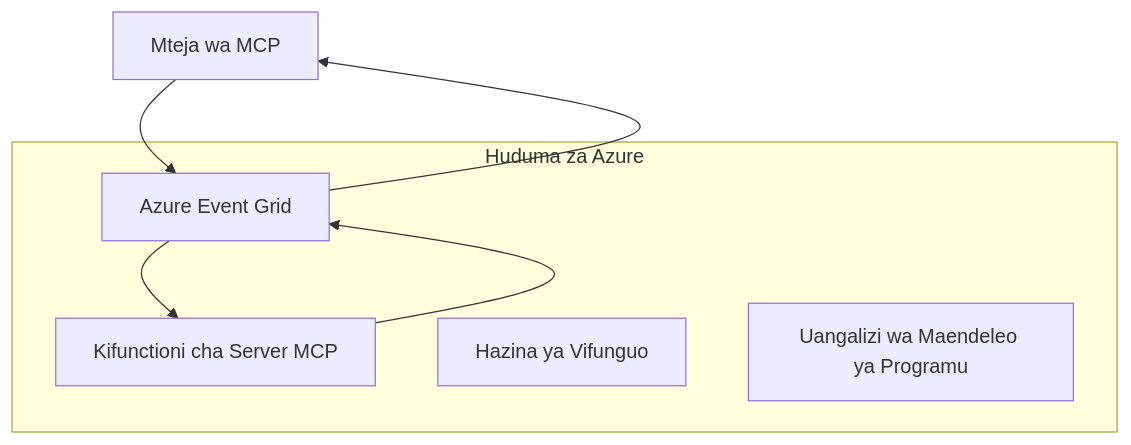
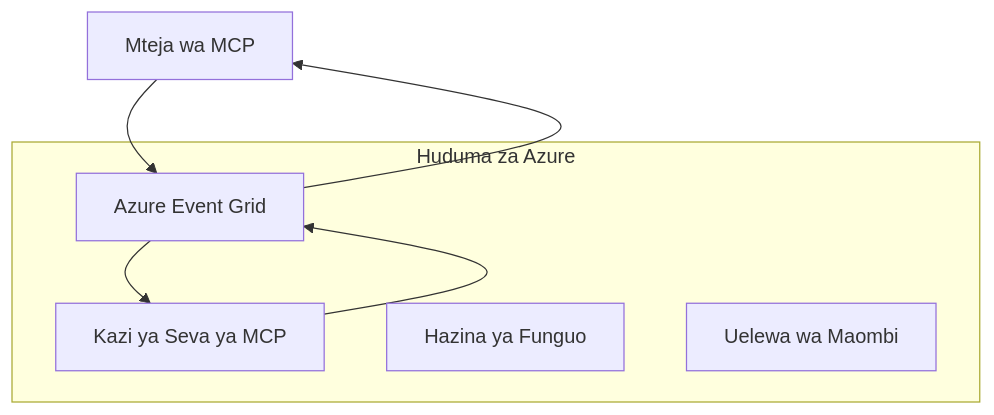
Before and after one commit to HIDORAKAI002/ai-workspace-archive: the first of 2 diagrams in mcp_ecosystem__model_context_protocol/mcp_learning_resources/mcp-for-beginners/translations/sw/05-AdvancedTopics/mcp-transport/README.md, drawn with Mermaid. The commit also changed other lines of this file and 1046 other files, not shown here.

````diff
--- a/mcp_ecosystem__model_context_protocol/mcp_learning_resources/mcp-for-beginners/translations/sw/05-AdvancedTopics/mcp-transport/README.md
+++ b/mcp_ecosystem__model_context_protocol/mcp_learning_resources/mcp-for-beginners/translations/sw/05-AdvancedTopics/mcp-transport/README.md
@@ -58,14 +60,14 @@
 ```mermaid
 graph TB
     Client[Mteja wa MCP] --> EG[Azure Event Grid]
-    EG --> Server[Kifunctioni cha Server MCP]
+    EG --> Server[Kazi ya Seva ya MCP]
     Server --> EG
     EG --> Client
     
     subgraph "Huduma za Azure"
         EG
         Server
-        KV[Hazina ya Vifunguo]
-        Monitor[Uangalizi wa Maendeleo ya Programu]
+        KV[Hazina ya Funguo]
+        Monitor[Uelewa wa Maombi]
     end
 ```
````
